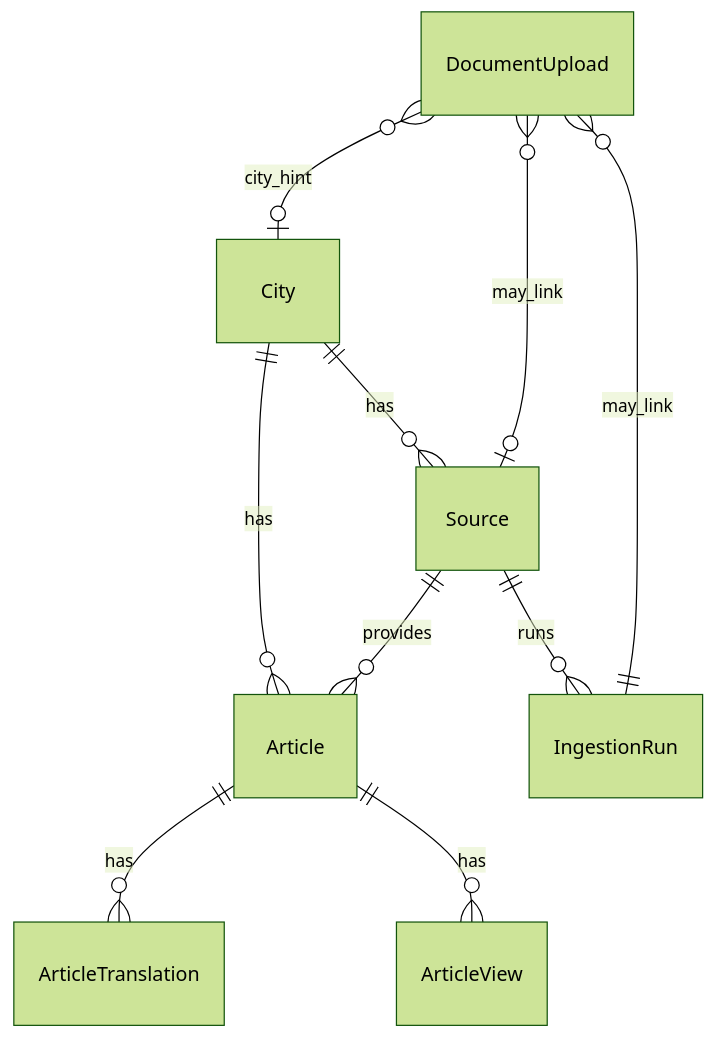
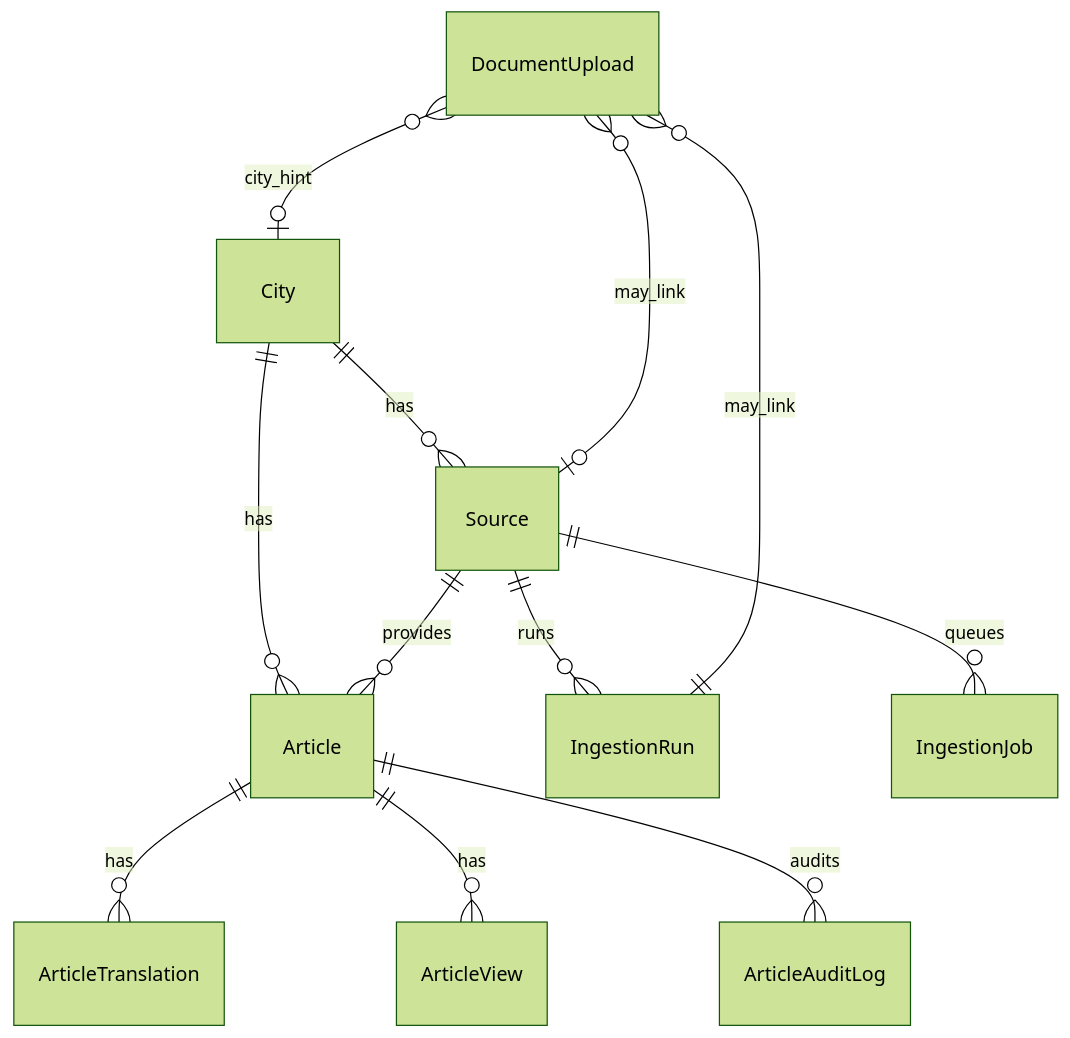
The first of 2 diagrams in docs/architecture/03-data-model.md (sshivanshg/TAZAkhabar), drawn with Mermaid (forest theme) before and after one commit. The commit also changed other lines of this file and 73 other files, not shown here.

Commit message:
Improve application architecture and user experience

````diff
--- a/docs/architecture/03-data-model.md
+++ b/docs/architecture/03-data-model.md
@@ -17,12 +17,14 @@
 ```mermaid
 erDiagram
   City ||--o{ Article : has
   City ||--o{ Source : has
   Source ||--o{ Article : provides
   Source ||--o{ IngestionRun : runs
+  Source ||--o{ IngestionJob : queues
   Article ||--o{ ArticleTranslation : has
   Article ||--o{ ArticleView : has
+  Article ||--o{ ArticleAuditLog : audits
   DocumentUpload }o--|| IngestionRun : may_link
   DocumentUpload }o--o| Source : may_link
   DocumentUpload }o--o| City : city_hint
 ```
````
